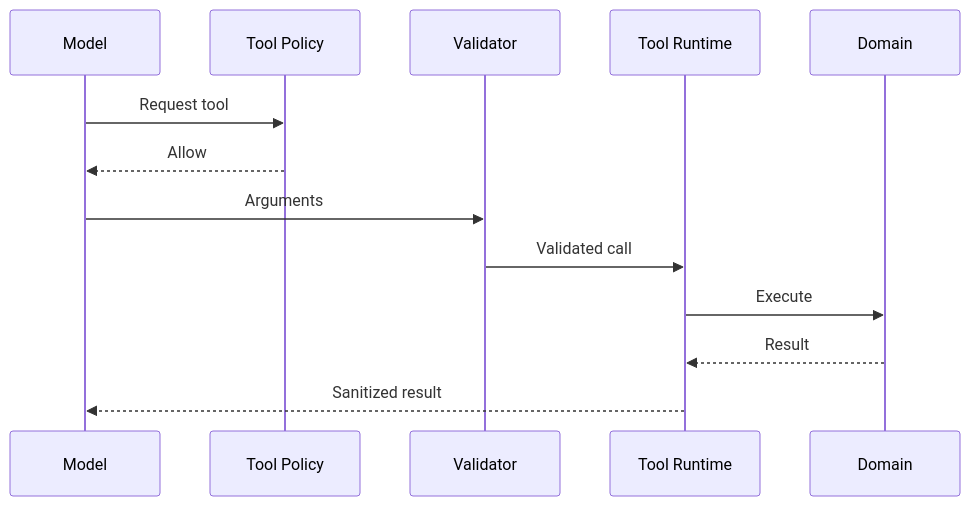
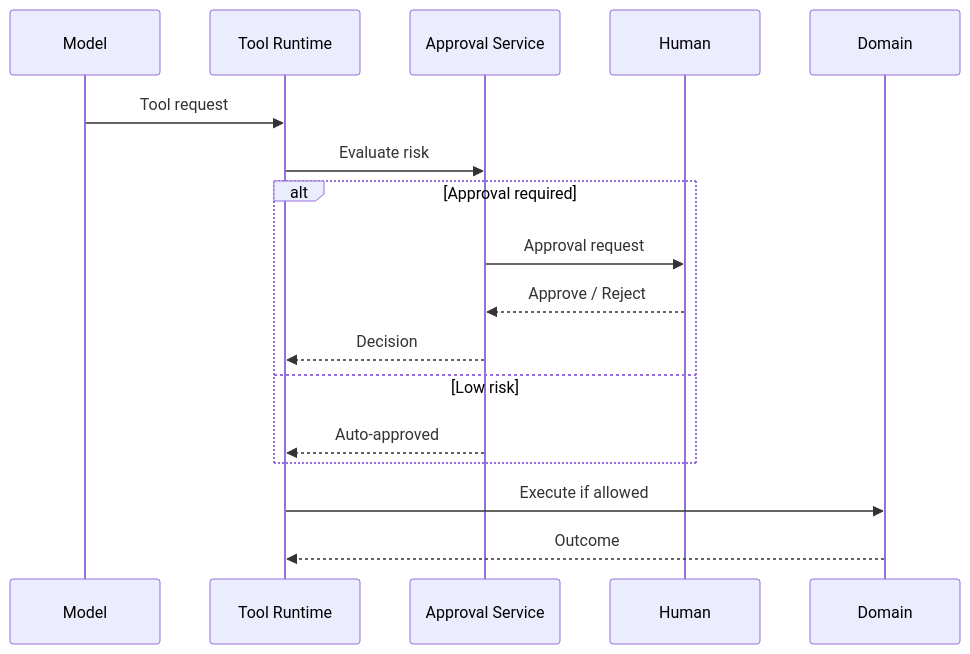
One commit to D-engahmed/OMILINKS changed the third of 5 diagrams in docs/domain/tools.md. Above: the diagram before and after it, drawn with Mermaid. The commit also changed other lines of this file and 1 other file, not shown here.

````diff
--- a/docs/domain/tools.md
+++ b/docs/domain/tools.md
@@ -37,15 +135,19 @@
-```mermaid
+~~~mermaid
 sequenceDiagram
 participant M as Model
-participant P as Tool Policy
-participant V as Validator
-participant T as Tool Runtime
+participant R as Tool Runtime
+participant A as Approval Service
+participant H as Human
 participant D as Domain
-M->>P: Request tool
-P-->>M: Allow
-M->>V: Arguments
-V->>T: Validated call
-T->>D: Execute
-D-->>T: Result
-T-->>M: Sanitized result
-```
+M->>R: Tool request
+R->>A: Evaluate risk
+alt Approval required
+  A->>H: Approval request
+  H-->>A: Approve / Reject
+  A-->>R: Decision
+else Low risk
+  A-->>R: Auto-approved
+end
+R->>D: Execute if allowed
+D-->>R: Outcome
+~~~
````
